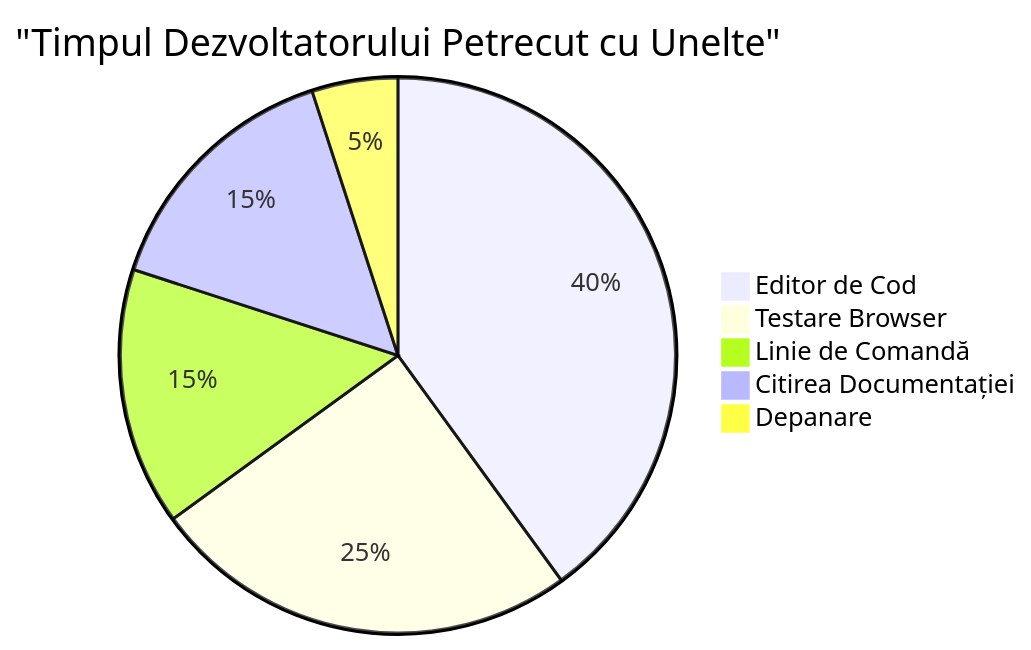
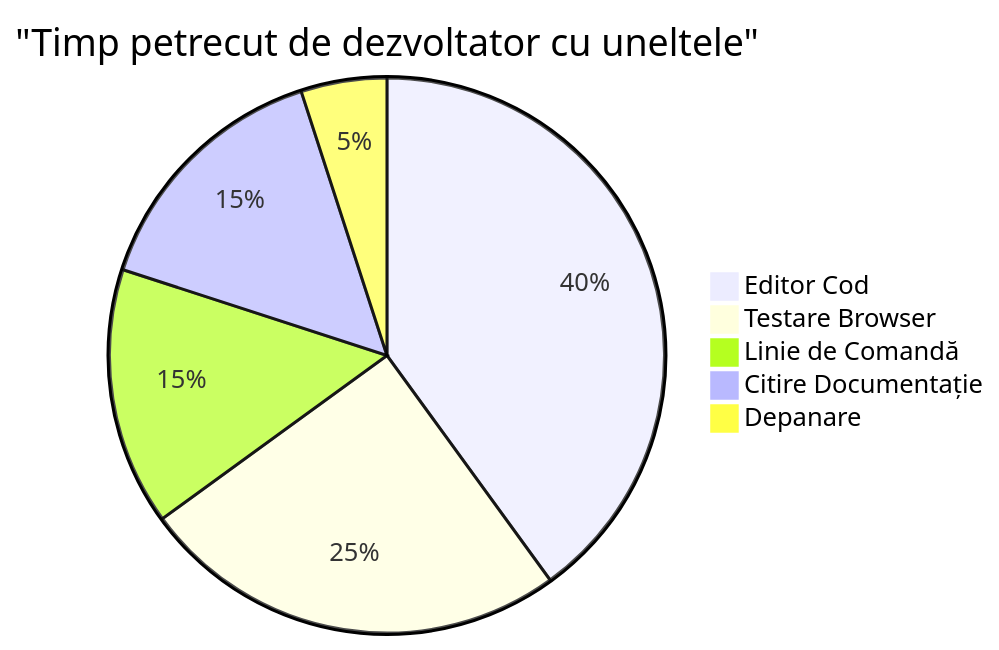
Before and after one commit to microsoft/Web-Dev-For-Beginners: the sixth of 7 diagrams in translations/ro/1-getting-started-lessons/1-intro-to-programming-languages/README.md, drawn with Mermaid. The commit also changed other lines of this file and 11 other files, not shown here.

````diff
--- a/translations/ro/1-getting-started-lessons/1-intro-to-programming-languages/README.md
+++ b/translations/ro/1-getting-started-lessons/1-intro-to-programming-languages/README.md
@@ -709,8 +713,8 @@
 ```mermaid
-pie title "Timpul Dezvoltatorului Petrecut cu Unelte"
-    "Editor de Cod" : 40
+pie title "Timp petrecut de dezvoltator cu uneltele"
+    "Editor Cod" : 40
     "Testare Browser" : 25
     "Linie de Comandă" : 15
-    "Citirea Documentației" : 15
+    "Citire Documentație" : 15
     "Depanare" : 5
-```  
+```
````
